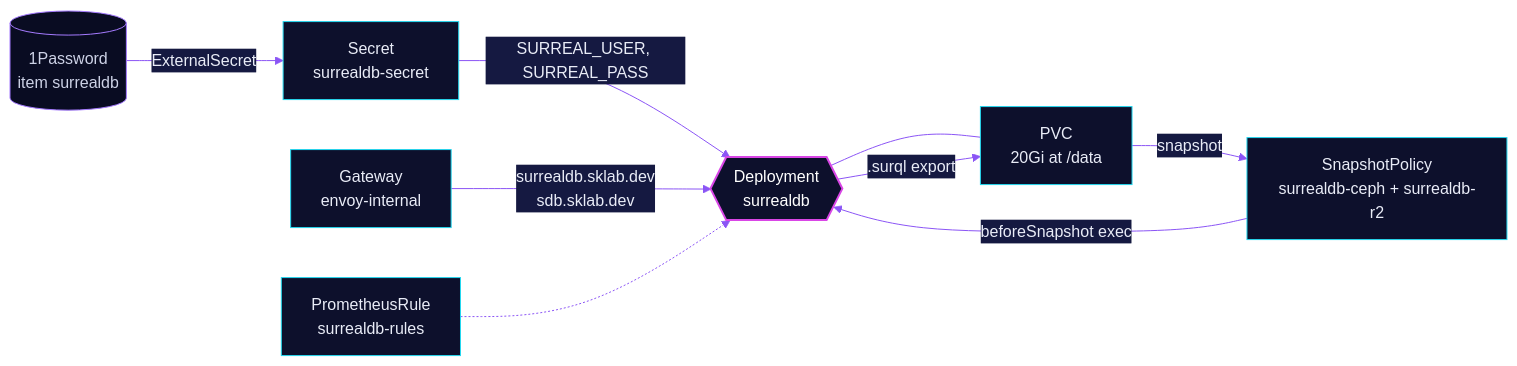
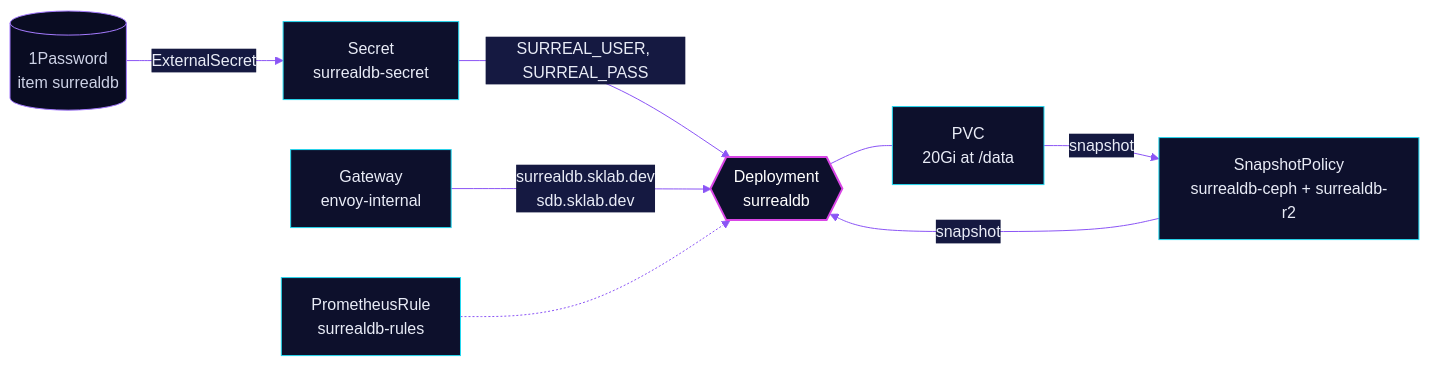
One commit to skrumbach/home-ops changed the diagram in kubernetes/apps/base/database/surrealdb/README.md. Above: the diagram before and after it, drawn with Mermaid. The commit also changed other lines of this file and 3 other files, not shown here.

Commit message:
chore(surrealdb): drop the export hook for the retired open-notebook database (#2714)

````diff
--- a/kubernetes/apps/base/database/surrealdb/README.md
+++ b/kubernetes/apps/base/database/surrealdb/README.md
@@ -39,16 +37,15 @@
 ```mermaid
 %%{init: {'theme':'base','themeVariables':{'primaryColor':'#0D102C','primaryTextColor':'#E9ECF7','primaryBorderColor':'#22D8F0','lineColor':'#8B55F5','secondaryColor':'#151941','tertiaryColor':'#090C22','edgeLabelBackground':'#151941'}}}%%
 flowchart LR
   op[("1Password<br/>item surrealdb")] -->|ExternalSecret| sec["Secret<br/>surrealdb-secret"]
   sec -->|SURREAL_USER, SURREAL_PASS| pod{{"Deployment<br/>surrealdb"}}
   pod --- pvc["PVC<br/>20Gi at /data"]
   gw["Gateway<br/>envoy-internal"] -->|"surrealdb.sklab.dev<br/>sdb.sklab.dev"| pod
-  sp["SnapshotPolicy<br/>surrealdb-ceph + surrealdb-r2"] -->|"beforeSnapshot exec"| pod
-  pod -->|".surql export"| pvc
+  sp["SnapshotPolicy<br/>surrealdb-ceph + surrealdb-r2"] -->|"snapshot"| pod
   pvc -->|snapshot| sp
   rule["PrometheusRule<br/>surrealdb-rules"] -.-> pod
   classDef accent fill:#0D102C,stroke:#D946E6,stroke-width:2px,color:#FFFFFF
   classDef ext fill:#090C22,stroke:#A57BFF,color:#CDD2E6
   class pod accent
   class op ext
 ```
````
